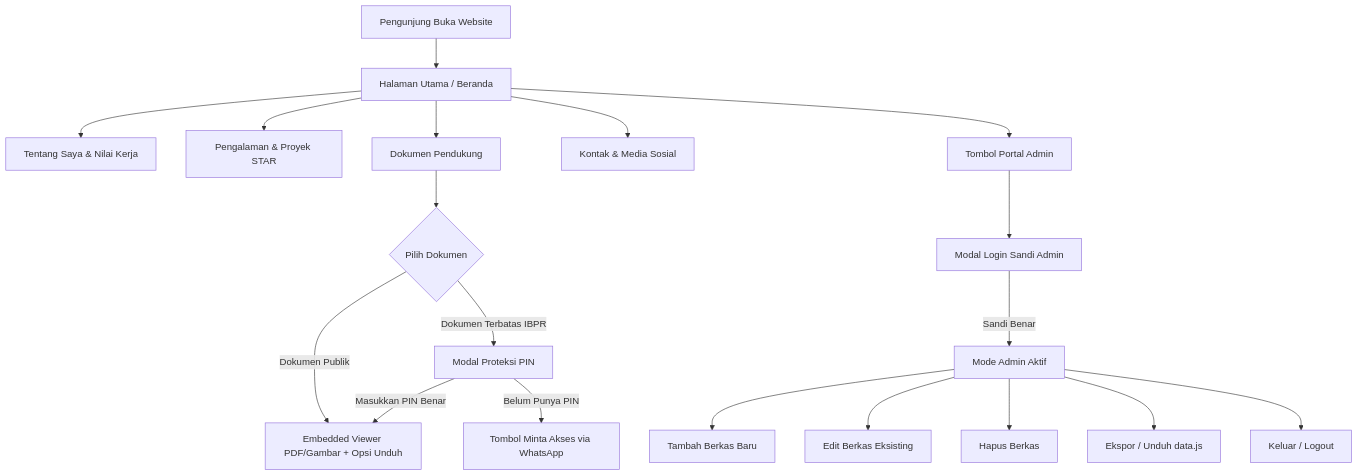
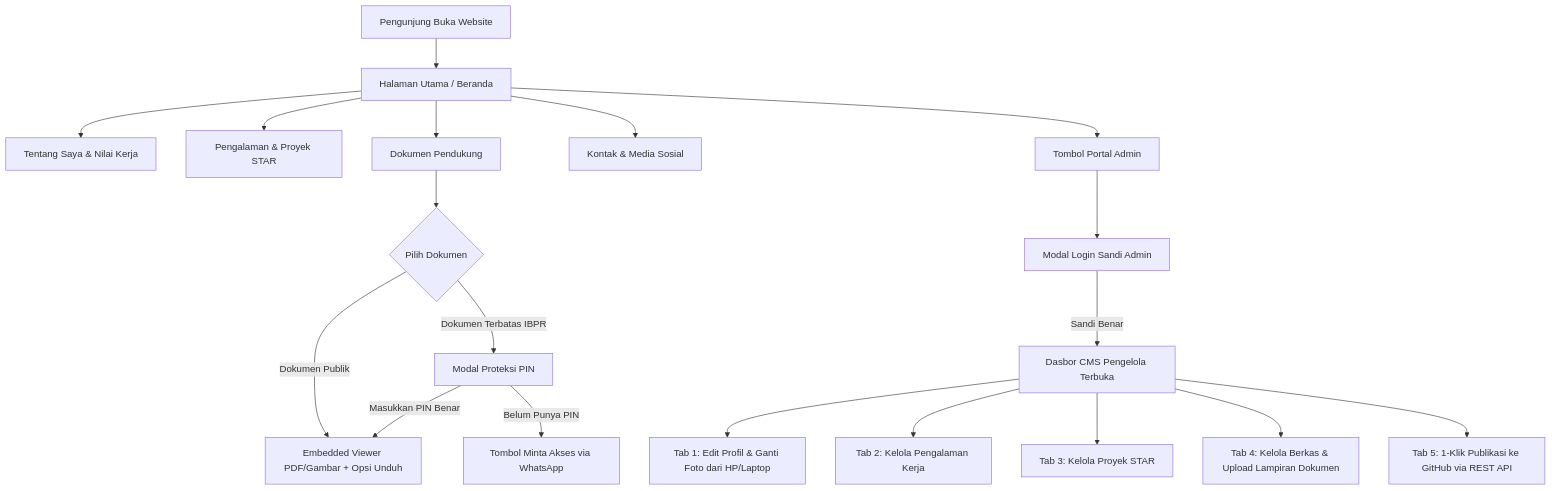
Before and after one commit to erwinardinurcahyo3-rgb/portfolio: the diagram in prd.md, drawn with Mermaid. The commit also changed other lines of this file and 2 other files, not shown here.

````diff
--- a/prd.md
+++ b/prd.md
@@ -41,24 +42,24 @@
 ```mermaid
 graph TD
     A[Pengunjung Buka Website] --> B[Halaman Utama / Beranda]
     B --> C[Tentang Saya & Nilai Kerja]
     B --> D[Pengalaman & Proyek STAR]
     B --> E[Dokumen Pendukung]
     B --> F[Kontak & Media Sosial]
 
     E --> G{Pilih Dokumen}
     G -->|Dokumen Publik| H[Embedded Viewer PDF/Gambar + Opsi Unduh]
     G -->|Dokumen Terbatas IBPR| I[Modal Proteksi PIN]
     
     I -->|Masukkan PIN Benar| H
     I -->|Belum Punya PIN| J[Tombol Minta Akses via WhatsApp]
     
     B --> K[Tombol Portal Admin]
     K --> L[Modal Login Sandi Admin]
-    L -->|Sandi Benar| M[Mode Admin Aktif]
-    M --> N[Tambah Berkas Baru]
-    M --> O[Edit Berkas Eksisting]
-    M --> P[Hapus Berkas]
-    M --> Q[Ekspor / Unduh data.js]
-    M --> R[Keluar / Logout]
+    L -->|Sandi Benar| M[Dasbor CMS Pengelola Terbuka]
+    M --> N[Tab 1: Edit Profil & Ganti Foto dari HP/Laptop]
+    M --> O[Tab 2: Kelola Pengalaman Kerja]
+    M --> P[Tab 3: Kelola Proyek STAR]
+    M --> Q[Tab 4: Kelola Berkas & Upload Lampiran Dokumen]
+    M --> R[Tab 5: 1-Klik Publikasi ke GitHub via REST API]
 ```
````
